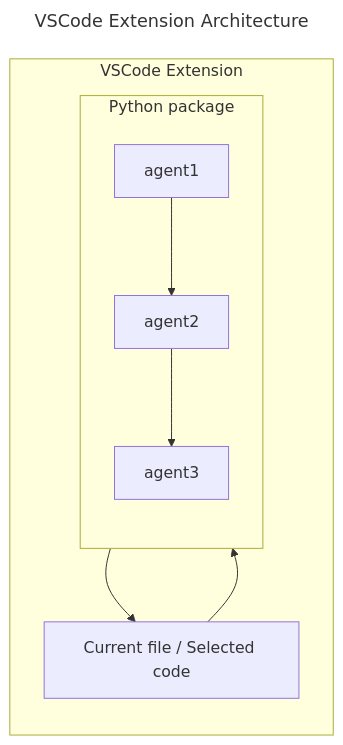
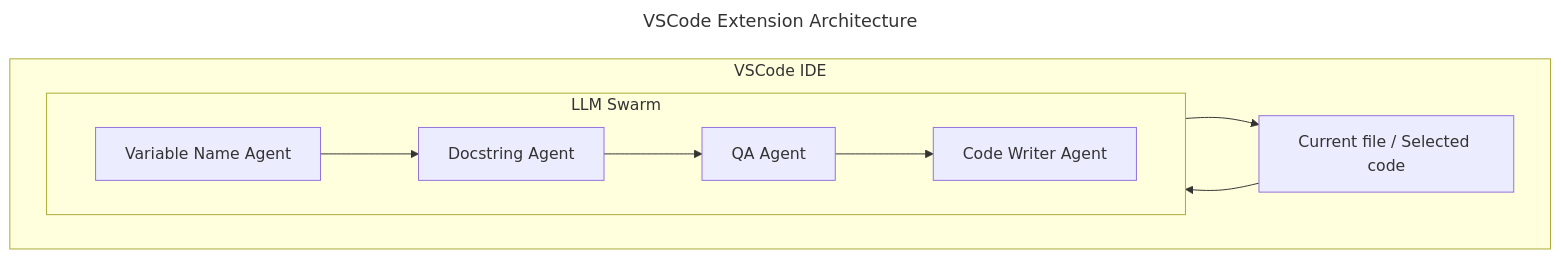
One commit to Vero-Ventures/llm-swarm changed the diagram in README.md. Above: the diagram before and after it, drawn with Mermaid. The commit also changed other lines of this file and 1 other file, not shown here.

````diff
--- a/README.md
+++ b/README.md
@@ -164,18 +114,23 @@
 ```mermaid
 ---
 title: VSCode Extension Architecture
 ---
-flowchart LR
+flowchart TB
 
-subgraph vscode_extension [VSCode Extension]
+subgraph vscode_extension [VSCode IDE]
 code[Current file / Selected code]
 python_package --> code
 end
 code --> python_package
-subgraph python_package [ Python package]
+subgraph python_package [ LLM Swarm]
+agent1[Variable Name Agent]
+agent2[Docstring Agent]
+agent3[QA Agent]
+agent4[Code Writer Agent]
 agent1 --> agent2
-agent2--> agent3
-agent3
+agent2 --> agent3
+agent3 --> agent4
+
 end
 
 ```
````
